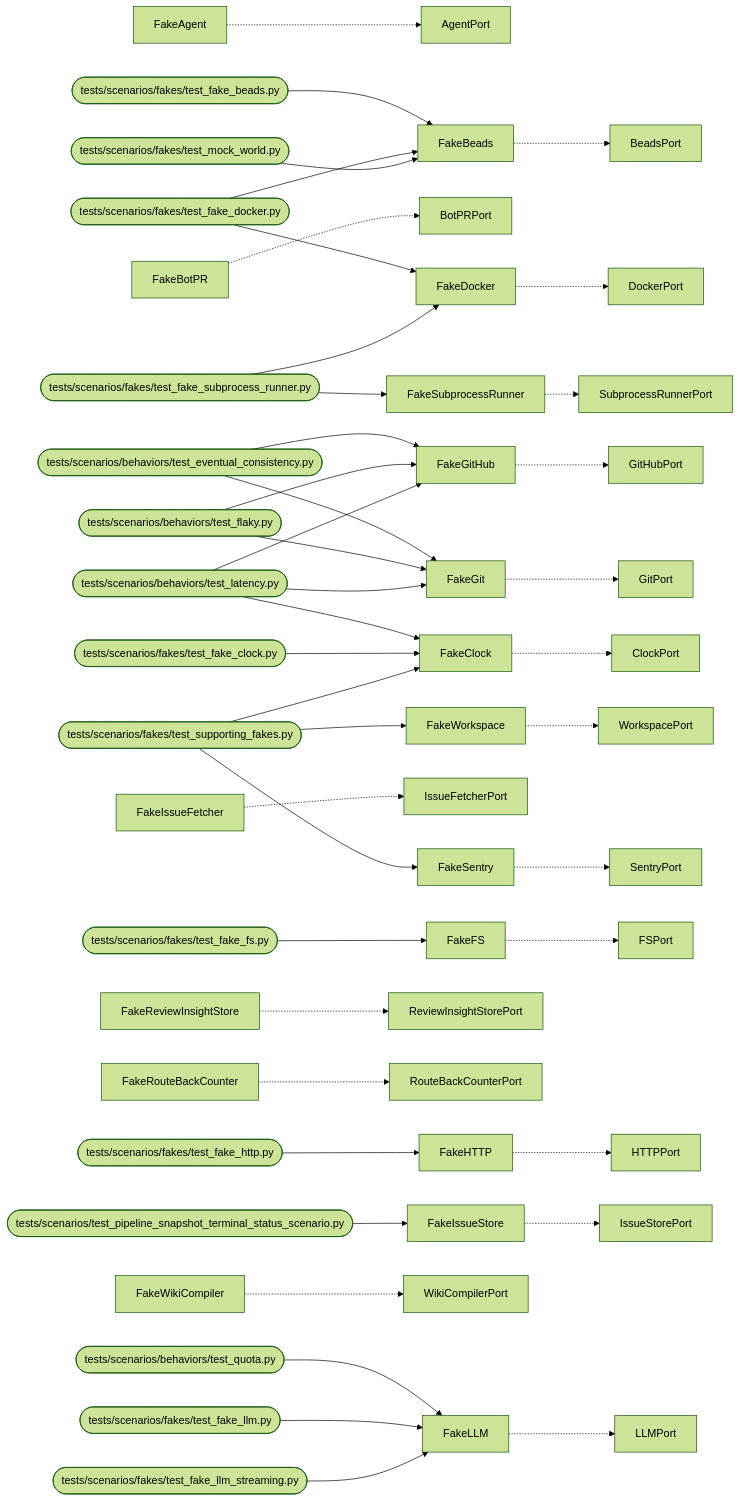
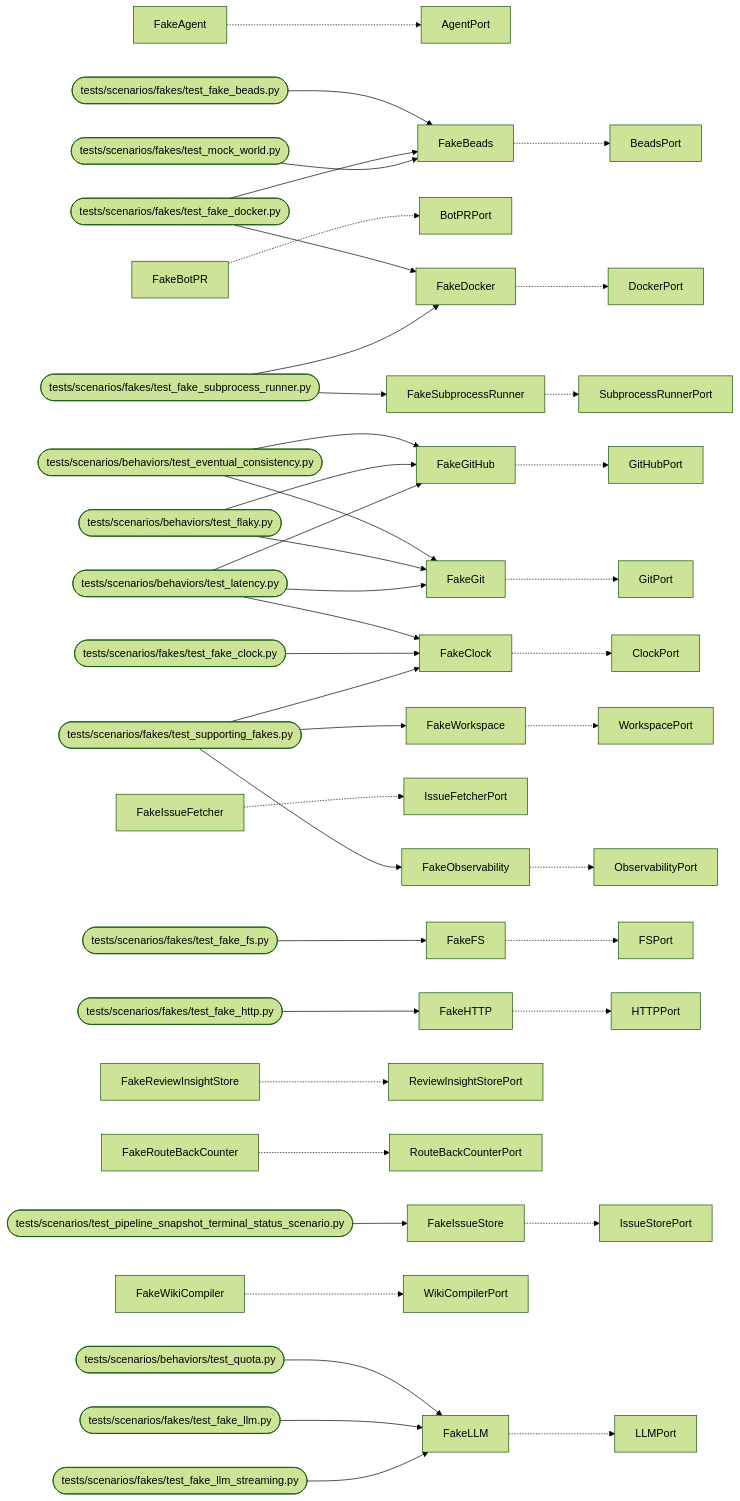
The diagram in docs/arch/generated/mockworld.md (T-rav/hydraflow), drawn with Mermaid (forest theme) before and after one commit. The commit also changed other lines of this file and 111 other files, not shown here.

First line of the commit message:
Remove Sentry from the factory; observability owned by the SRE agent (ADR-0118) (#10954)

````diff
--- a/docs/arch/generated/mockworld.md
+++ b/docs/arch/generated/mockworld.md
@@ -32,44 +32,44 @@
 ```mermaid
 graph LR
     FakeAgent -.-> AgentPort
     FakeBeads -.-> BeadsPort
     tests_scenarios_fakes_test_fake_beads_py([tests/scenarios/fakes/test_fake_beads.py]) --> FakeBeads
     tests_scenarios_fakes_test_fake_docker_py([tests/scenarios/fakes/test_fake_docker.py]) --> FakeBeads
     tests_scenarios_fakes_test_mock_world_py([tests/scenarios/fakes/test_mock_world.py]) --> FakeBeads
     FakeBotPR -.-> BotPRPort
     FakeClock -.-> ClockPort
     tests_scenarios_behaviors_test_latency_py([tests/scenarios/behaviors/test_latency.py]) --> FakeClock
     tests_scenarios_fakes_test_fake_clock_py([tests/scenarios/fakes/test_fake_clock.py]) --> FakeClock
     tests_scenarios_fakes_test_supporting_fakes_py([tests/scenarios/fakes/test_supporting_fakes.py]) --> FakeClock
     FakeDocker -.-> DockerPort
     tests_scenarios_fakes_test_fake_docker_py([tests/scenarios/fakes/test_fake_docker.py]) --> FakeDocker
     tests_scenarios_fakes_test_fake_subprocess_runner_py([tests/scenarios/fakes/test_fake_subprocess_runner.py]) --> FakeDocker
     FakeFS -.-> FSPort
     tests_scenarios_fakes_test_fake_fs_py([tests/scenarios/fakes/test_fake_fs.py]) --> FakeFS
     FakeGit -.-> GitPort
     tests_scenarios_behaviors_test_eventual_consistency_py([tests/scenarios/behaviors/test_eventual_consistency.py]) --> FakeGit
     tests_scenarios_behaviors_test_flaky_py([tests/scenarios/behaviors/test_flaky.py]) --> FakeGit
     tests_scenarios_behaviors_test_latency_py([tests/scenarios/behaviors/test_latency.py]) --> FakeGit
     FakeGitHub -.-> GitHubPort
     tests_scenarios_behaviors_test_eventual_consistency_py([tests/scenarios/behaviors/test_eventual_consistency.py]) --> FakeGitHub
     tests_scenarios_behaviors_test_flaky_py([tests/scenarios/behaviors/test_flaky.py]) --> FakeGitHub
     tests_scenarios_behaviors_test_latency_py([tests/scenarios/behaviors/test_latency.py]) --> FakeGitHub
     FakeHTTP -.-> HTTPPort
     tests_scenarios_fakes_test_fake_http_py([tests/scenarios/fakes/test_fake_http.py]) --> FakeHTTP
     FakeIssueFetcher -.-> IssueFetcherPort
     FakeIssueStore -.-> IssueStorePort
     tests_scenarios_test_pipeline_snapshot_terminal_status_scenario_py([tests/scenarios/test_pipeline_snapshot_terminal_status_scenario.py]) --> FakeIssueStore
     FakeLLM -.-> LLMPort
     tests_scenarios_behaviors_test_quota_py([tests/scenarios/behaviors/test_quota.py]) --> FakeLLM
     tests_scenarios_fakes_test_fake_llm_py([tests/scenarios/fakes/test_fake_llm.py]) --> FakeLLM
     tests_scenarios_fakes_test_fake_llm_streaming_py([tests/scenarios/fakes/test_fake_llm_streaming.py]) --> FakeLLM
+    FakeObservability -.-> ObservabilityPort
+    tests_scenarios_fakes_test_supporting_fakes_py([tests/scenarios/fakes/test_supporting_fakes.py]) --> FakeObservability
     FakeReviewInsightStore -.-> ReviewInsightStorePort
     FakeRouteBackCounter -.-> RouteBackCounterPort
-    FakeSentry -.-> SentryPort
-    tests_scenarios_fakes_test_supporting_fakes_py([tests/scenarios/fakes/test_supporting_fakes.py]) --> FakeSentry
     FakeSubprocessRunner -.-> SubprocessRunnerPort
     tests_scenarios_fakes_test_fake_subprocess_runner_py([tests/scenarios/fakes/test_fake_subprocess_runner.py]) --> FakeSubprocessRunner
     FakeWikiCompiler -.-> WikiCompilerPort
     FakeWorkspace -.-> WorkspacePort
     tests_scenarios_fakes_test_supporting_fakes_py([tests/scenarios/fakes/test_supporting_fakes.py]) --> FakeWorkspace
 ```
````
